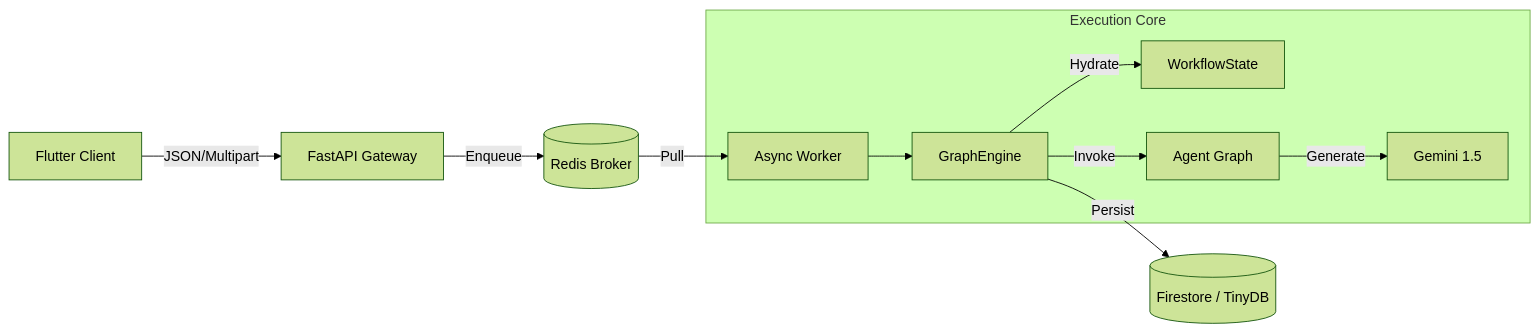
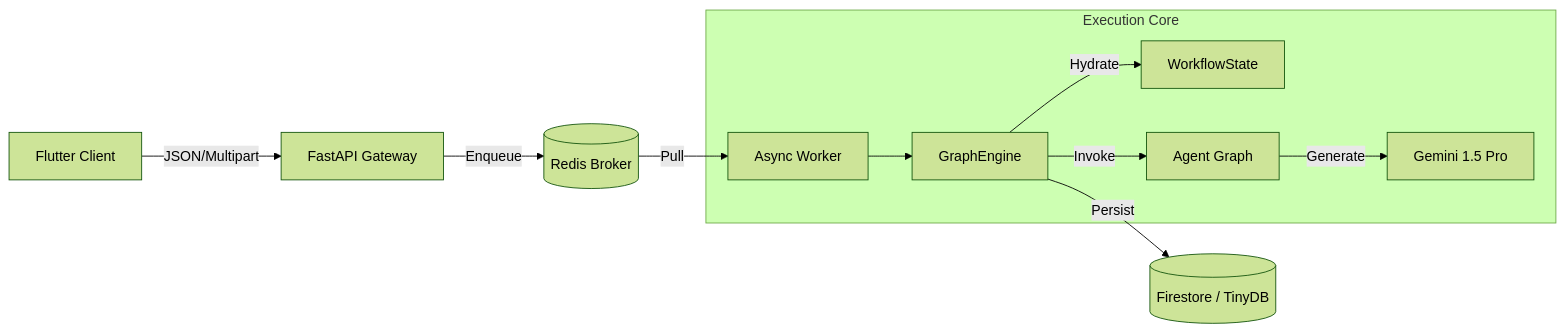
The diagram in README.md (launis/quorum), drawn with Mermaid (forest theme) before and after one commit. The commit also changed other lines of this file and 332 other files, not shown here.

Commit message:
feat: update architecture lineage and fix causal model validation Aligns documentation with Phase 8 standards (Panel Fusion, Strict DTOs) and relaxes Pydantic strict mode on CausalAnalysis to resolve Enum coercion errors.

````diff
--- a/README.md
+++ b/README.md
@@ -39,15 +36,15 @@
 ```mermaid
 graph LR
     User[Flutter Client] -->|JSON/Multipart| API[FastAPI Gateway]
     API -->|Enqueue| Redis[(Redis Broker)]
     Redis -->|Pull| Worker[Async Worker]
     
     subgraph "Execution Core"
         Worker --> Engine[GraphEngine]
         Engine -->|Hydrate| State[WorkflowState]
         Engine -->|Invoke| Agents[Agent Graph]
-        Agents -->|Generate| LLM[Gemini 1.5]
+        Agents -->|Generate| LLM[Gemini 1.5 Pro]
     end
     
     Engine -->|Persist| DB[(Firestore / TinyDB)]
 ```
````
